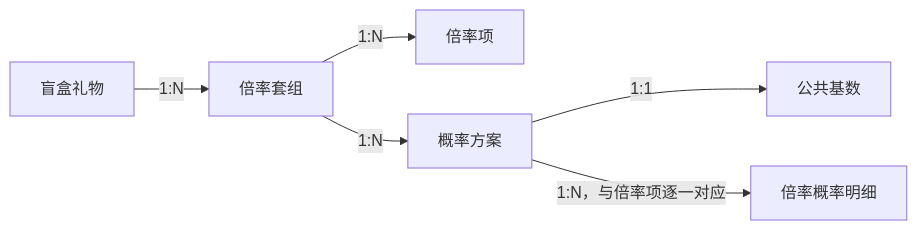
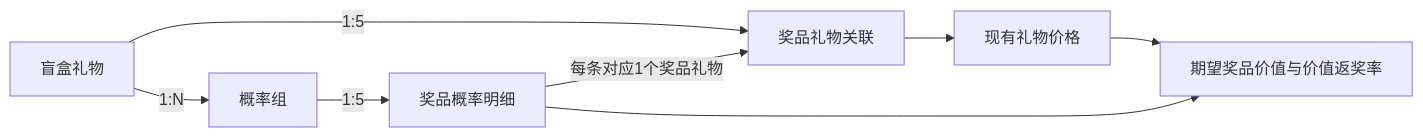
The second of 5 diagrams in 8月/盲盒礼物产品开发需求文档.md (lxw13000/sano-pm), drawn with Mermaid before and after one commit. The commit also changed other lines of this file and 13 other files, not shown here.

````diff
--- a/8月/盲盒礼物产品开发需求文档.md
+++ b/8月/盲盒礼物产品开发需求文档.md
@@ -108,8 +120,10 @@
 ```mermaid
 flowchart LR
-    BOX["盲盒礼物"] -->|"1:N"| MULTI_SET["倍率套组"]
-    MULTI_SET -->|"1:N"| MULTI_ITEM["倍率项"]
-    MULTI_SET -->|"1:N"| PROB_SET["概率方案"]
-    PROB_SET -->|"1:1"| BASE["公共基数"]
-    PROB_SET -->|"1:N，与倍率项逐一对应"| PROB_ITEM["倍率概率明细"]
+    BOX["盲盒礼物"] -->|"1:5"| REWARD["奖品礼物关联"]
+    BOX -->|"1:N"| GROUP["概率组"]
+    GROUP -->|"1:5"| DETAIL["奖品概率明细"]
+    DETAIL -->|"每条对应1个奖品礼物"| REWARD
+    REWARD --> PRICE["现有礼物价格"]
+    PRICE --> RTP["期望奖品价值与价值返奖率"]
+    DETAIL --> RTP
 ```
````
